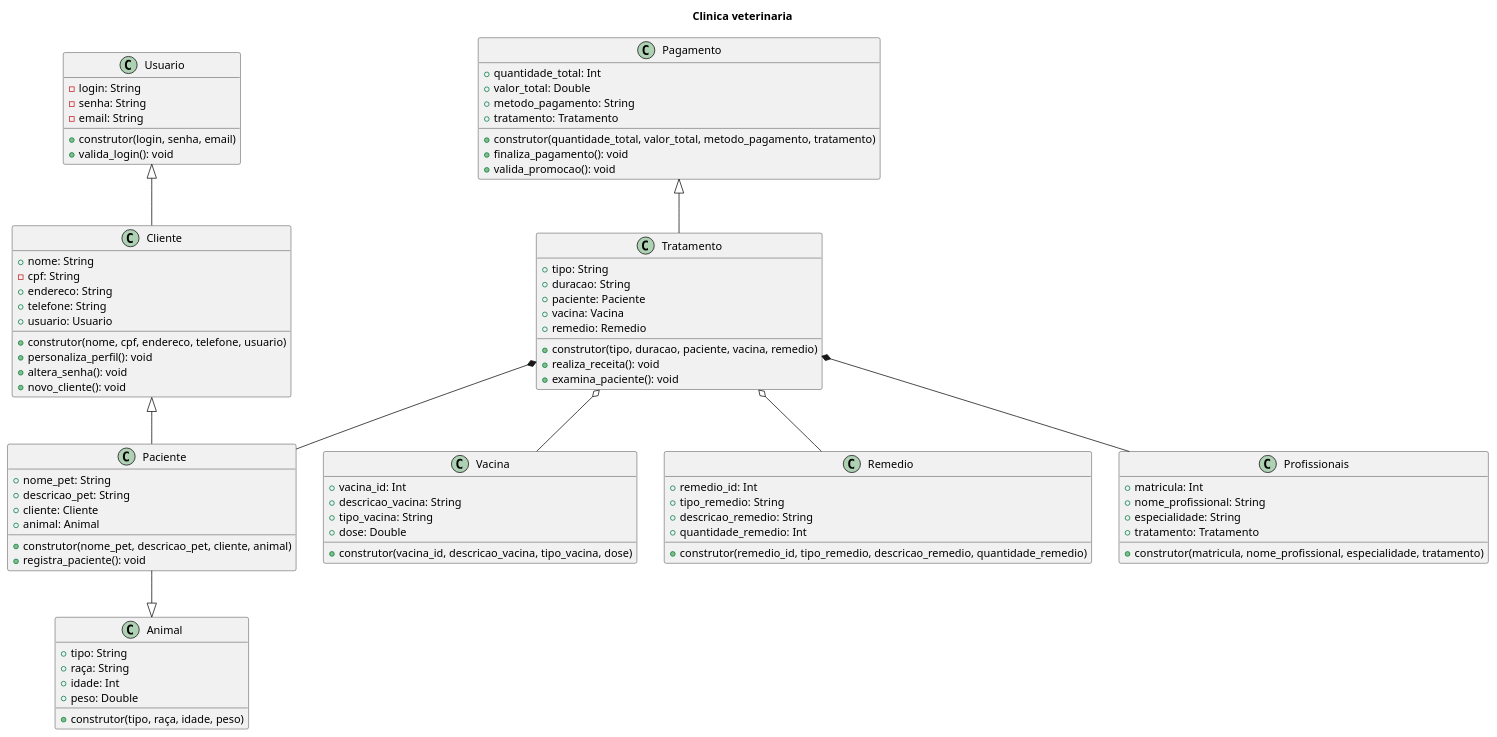
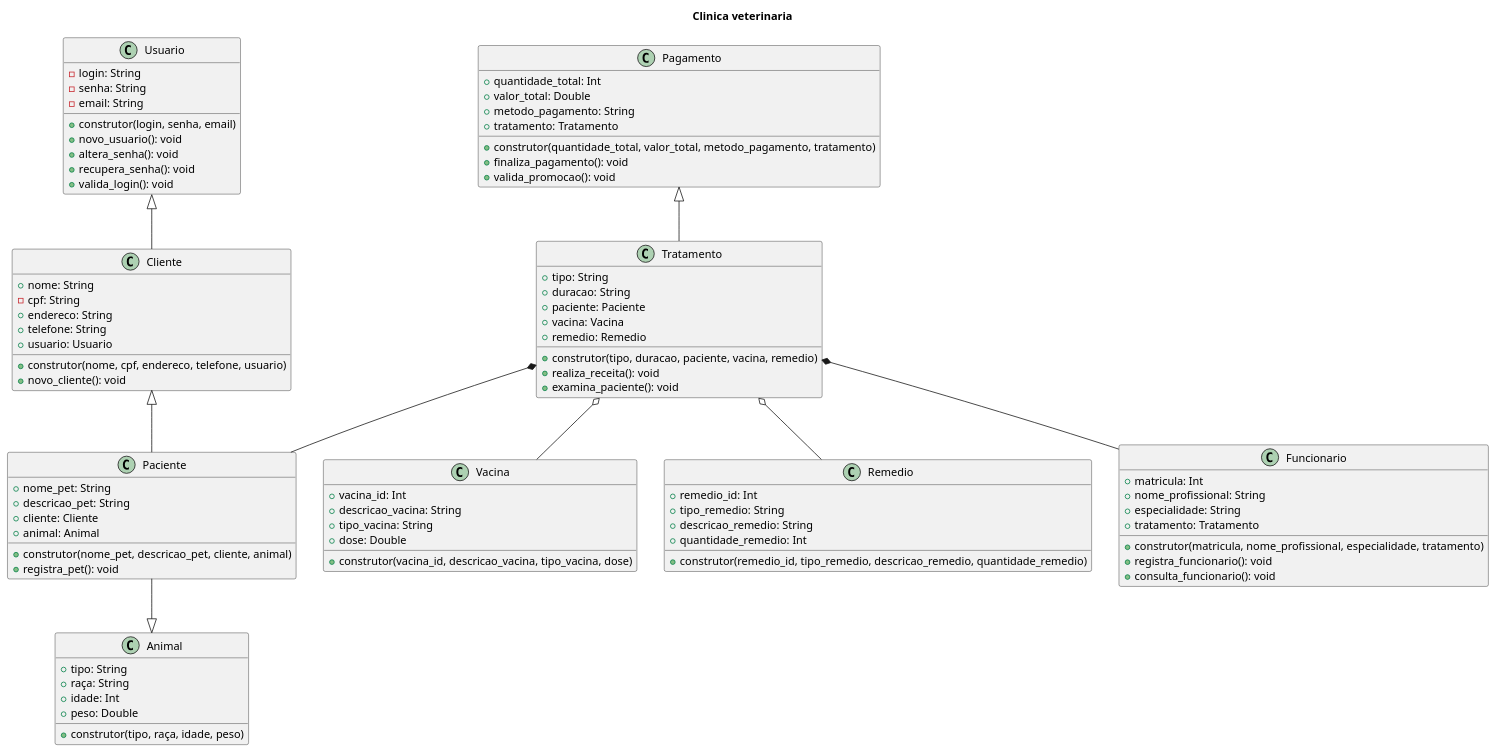
One commit to anleaes/2022-1-N2-POO-10 changed the diagram in veterinaria.plantuml. Above: the diagram before and after it, drawn with PlantUML. The commit also changed 18 other files, not shown here.

```diff
--- a/veterinaria.plantuml
+++ b/veterinaria.plantuml
@@ -1,98 +1,101 @@
 @startuml Diagrama de classes uml
 
 title Clinica veterinaria
 
 class Usuario {
     - login: String
     - senha: String
     - email: String
     + construtor(login, senha, email)
+    + novo_usuario(): void
+    + altera_senha(): void
+    + recupera_senha(): void
     + valida_login(): void
 }
 
 class Cliente {
     + nome: String
     - cpf: String
     + endereco: String
     + telefone: String
     + usuario: Usuario
     + construtor(nome, cpf, endereco, telefone, usuario)
-    + personaliza_perfil(): void
-    + altera_senha(): void
     + novo_cliente(): void
 }
 
 class Animal {
     + tipo: String
     + raça: String
     + idade: Int
     + peso: Double
     + construtor(tipo, raça, idade, peso)
 }
 
 class Paciente {
     + nome_pet: String
     + descricao_pet: String
     + cliente: Cliente
     + animal: Animal
     + construtor(nome_pet, descricao_pet, cliente, animal)
-    + registra_paciente(): void
+    + registra_pet(): void
 }
 
 class Vacina {
     + vacina_id: Int
     + descricao_vacina: String
     + tipo_vacina: String
     + dose: Double
     + construtor(vacina_id, descricao_vacina, tipo_vacina, dose)
 }
 
 class Remedio {
     + remedio_id: Int
     + tipo_remedio: String
     + descricao_remedio: String
     + quantidade_remedio: Int
     + construtor(remedio_id, tipo_remedio, descricao_remedio, quantidade_remedio)
 }
 
 class Tratamento {
     + tipo: String
     + duracao: String
     + paciente: Paciente
     + vacina: Vacina
     + remedio: Remedio
     + construtor(tipo, duracao, paciente, vacina, remedio)
     + realiza_receita(): void
     + examina_paciente(): void
 }
 
-class Profissionais {
+class Funcionario {
     + matricula: Int
     + nome_profissional: String
     + especialidade: String
     + tratamento: Tratamento
     + construtor(matricula, nome_profissional, especialidade, tratamento)
+    + registra_funcionario(): void
+    + consulta_funcionario(): void
 }
 
 class Pagamento {
     + quantidade_total: Int
     + valor_total: Double
     + metodo_pagamento: String
     + tratamento: Tratamento
     + construtor(quantidade_total, valor_total, metodo_pagamento, tratamento)
     + finaliza_pagamento(): void
     + valida_promocao(): void
 }
 
 Usuario <|-- Cliente
 Cliente <|-- Paciente
 Paciente --|> Animal
 Tratamento *-- Paciente
-Tratamento *-- Profissionais
+Tratamento *-- Funcionario
 Tratamento o-- Vacina
 Tratamento o-- Remedio
 Pagamento <|-- Tratamento
 
 
 
 @enduml
```
